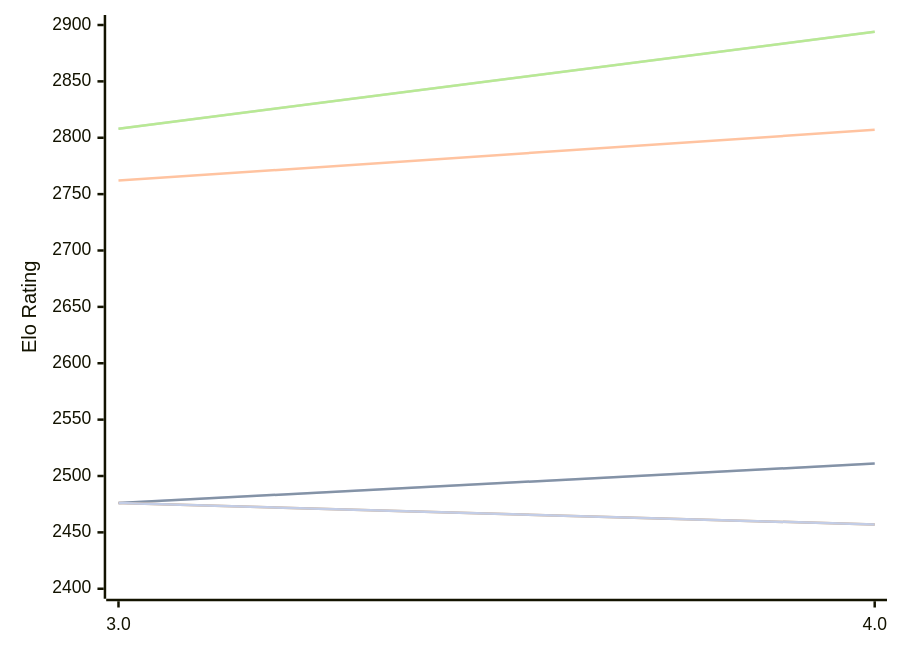
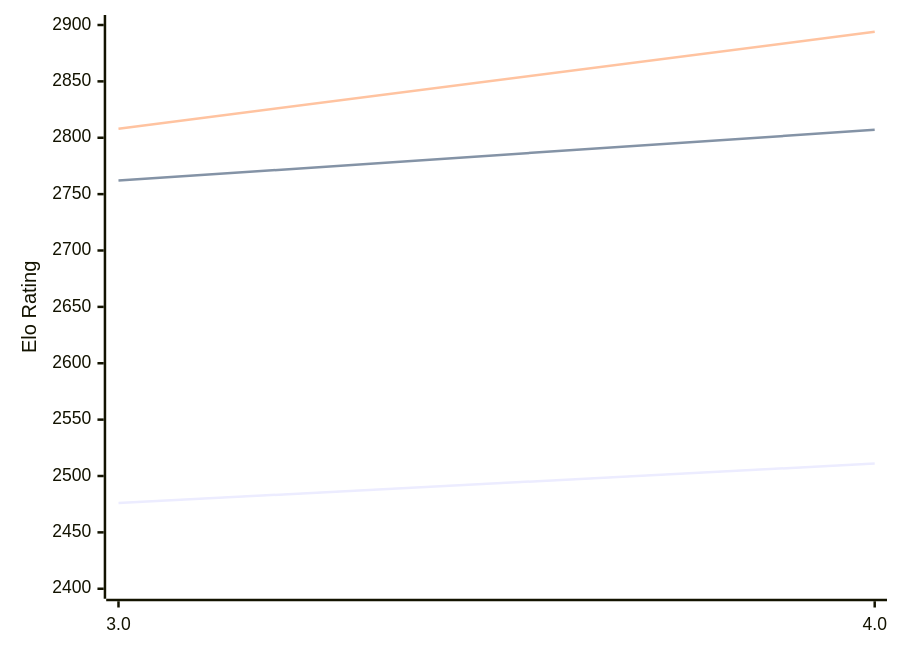
One commit to computer-chess-index/cci changed the diagram in engines/Chess3.md. Above: the diagram before and after it, drawn with Mermaid. The commit also changed other lines of this file, not shown here.

````diff
--- a/engines/Chess3.md
+++ b/engines/Chess3.md
@@ -48,13 +48,9 @@
 ```mermaid
 %%{init: {"theme":"base","themeVariables":{"seriesColors:['#a3a3a3','#222221','#faa371']}}}%%
 xychart-beta
   x-axis ["3.0", "4.0"]
   y-axis "Elo Rating" 2400 --> 2900
-  line "" [2476, 2511]
   line "T1: STC (8.0+0.08s)" [2476, 2511]
   line "T1: LTC (60.0+0.60s)" [2762, 2807]
-  line "" [2808, 2894]
   line "T1: VLTC (2m24s+1.12s)" [2808, 2894]
-  line "" [2476,2457]
-  line "E1: STC (8.0+0.08s)" [2476,2457]
 ```
````
